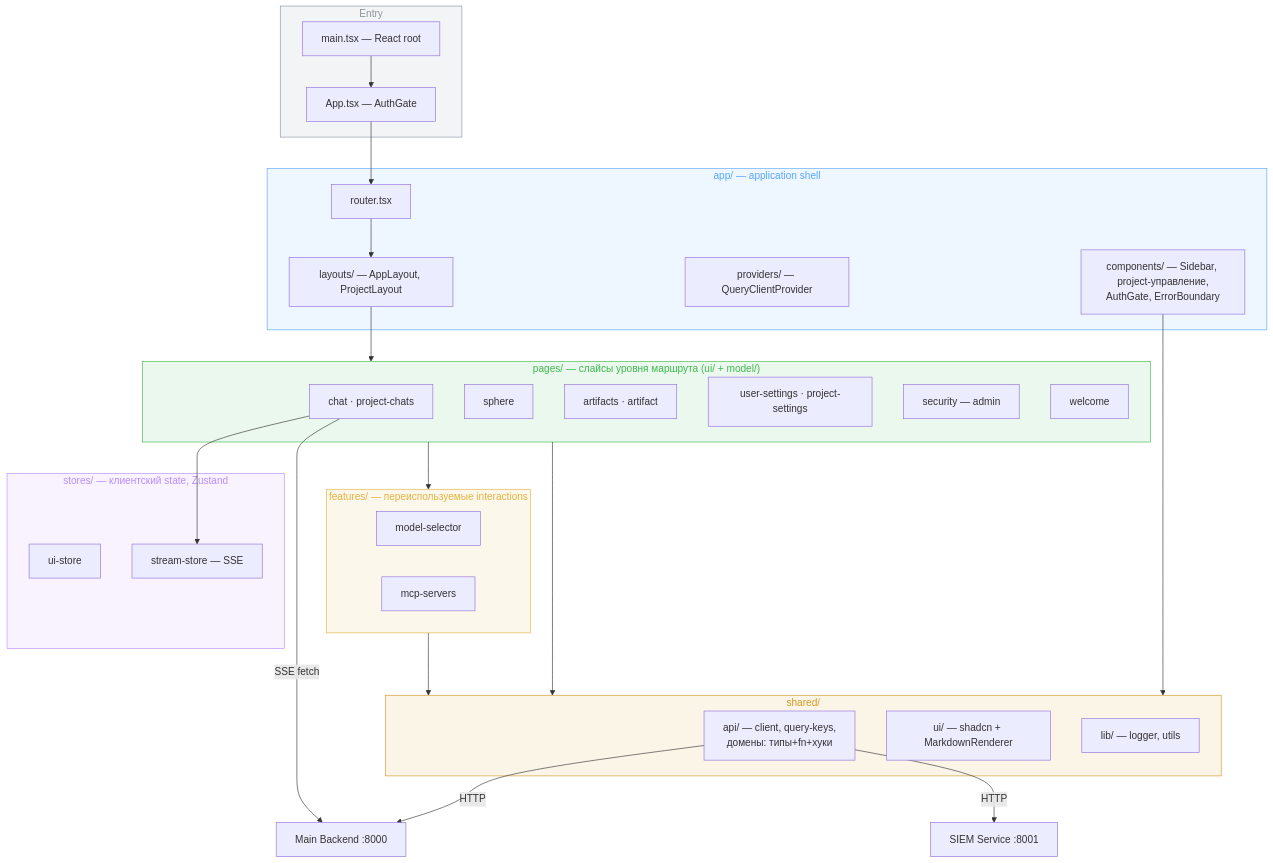
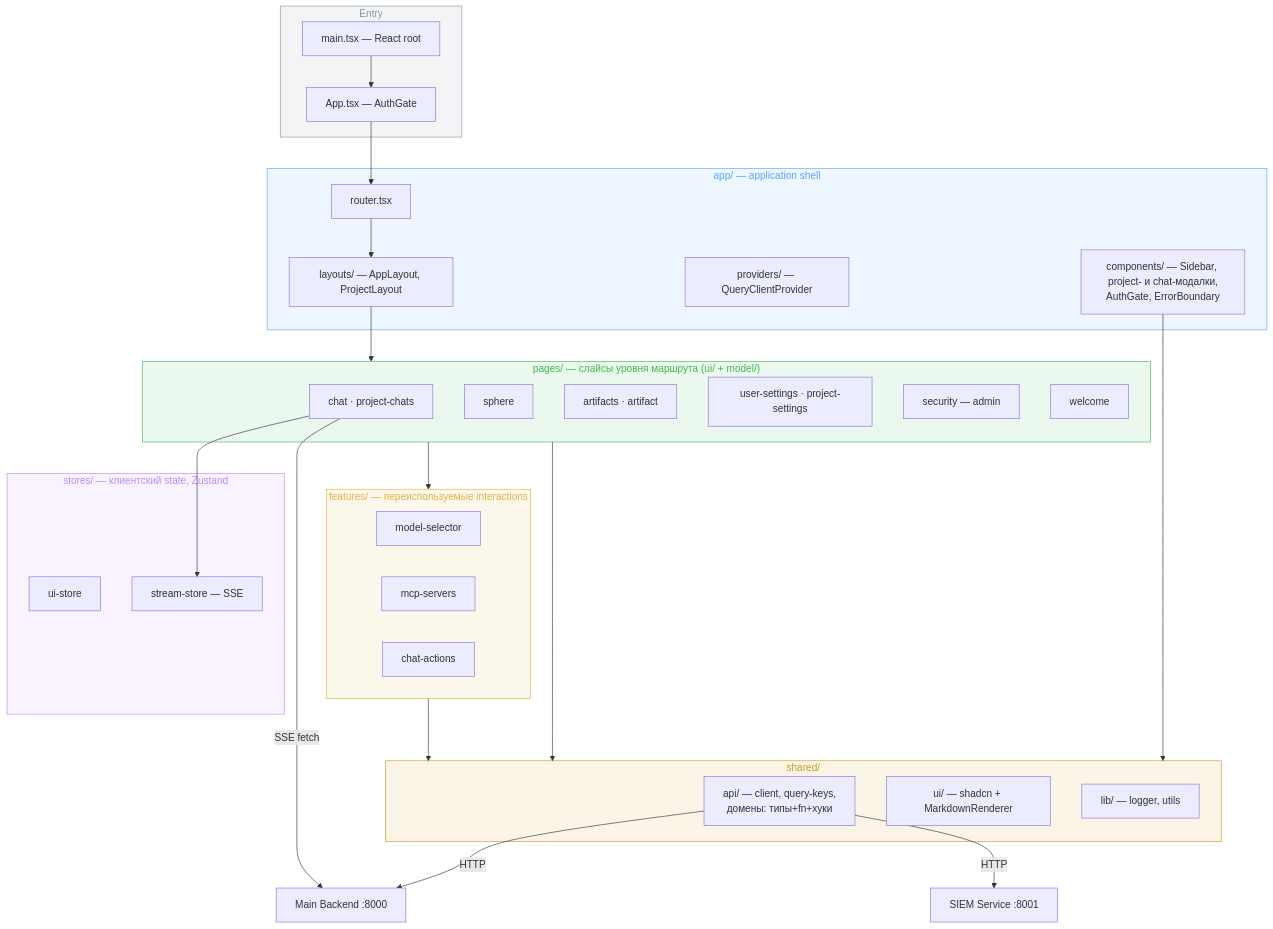
One commit to Bbar0n234/learnflow-ai changed the second of 2 diagrams in doc/tech/frontend.md. Above: the diagram before and after it, drawn with Mermaid. The commit also changed other lines of this file and 7 other files, not shown here.

````diff
--- a/doc/tech/frontend.md
+++ b/doc/tech/frontend.md
@@ -326,62 +344,63 @@
 ```mermaid
 graph TD
     BE["Main Backend :8000"]
     SIEMS["SIEM Service :8001"]
 
     subgraph ENTRY["Entry"]
         MAINX["main.tsx — React root"]
         APPX["App.tsx — AuthGate"]
     end
 
     subgraph SHELL["app/ — application shell"]
         ROUTERX["router.tsx"]
         LAY["layouts/ — AppLayout, ProjectLayout"]
         PROVX["providers/ — QueryClientProvider"]
-        ACOMP["components/ — Sidebar, project-управление,<br>AuthGate, ErrorBoundary"]
+        ACOMP["components/ — Sidebar, project- и chat-модалки,<br>AuthGate, ErrorBoundary"]
     end
 
     subgraph PAGESL["pages/ — слайсы уровня маршрута (ui/ + model/)"]
         CHATP["chat · project-chats"]
         SPHP["sphere"]
         ARTP["artifacts · artifact"]
         SETP["user-settings · project-settings"]
         SECP["security — admin"]
         WELP["welcome"]
     end
 
     subgraph FEATSL["features/ — переиспользуемые interactions"]
         MSEL["model-selector"]
         MCPF["mcp-servers"]
+        CHACT["chat-actions"]
     end
 
     subgraph CLST["stores/ — клиентский state, Zustand"]
         UIST["ui-store"]
         STST["stream-store — SSE"]
     end
 
     subgraph SHRD["shared/"]
         APIX["api/ — client, query-keys,<br>домены: типы+fn+хуки"]
         UIX["ui/ — shadcn + MarkdownRenderer"]
         LIBX["lib/ — logger, utils"]
     end
 
     MAINX --> APPX
     APPX --> ROUTERX
     ROUTERX --> LAY
     LAY --> PAGESL
     PAGESL --> FEATSL
     PAGESL --> SHRD
     FEATSL --> SHRD
     ACOMP --> SHRD
     CHATP --> STST
     APIX -->|HTTP| BE
     APIX -->|HTTP| SIEMS
     CHATP -->|"SSE fetch"| BE
 
     style ENTRY fill:#8b949e1a,stroke:#8b949e,color:#8b949e
     style SHELL fill:#58a6ff1a,stroke:#58a6ff,color:#58a6ff
     style PAGESL fill:#3fb9501a,stroke:#3fb950,color:#3fb950
     style FEATSL fill:#e3b3411a,stroke:#e3b341,color:#e3b341
     style CLST fill:#bc8cff1a,stroke:#bc8cff,color:#bc8cff
     style SHRD fill:#d299221a,stroke:#d29922,color:#d29922
 ```
````
